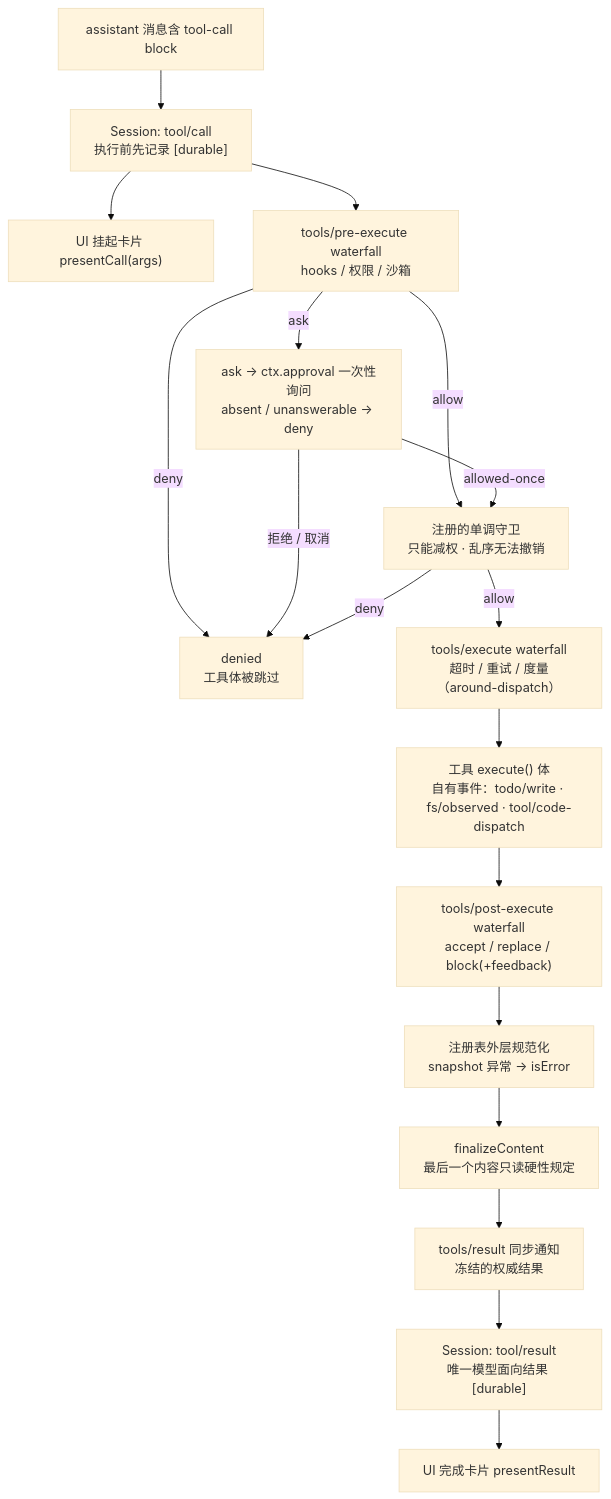
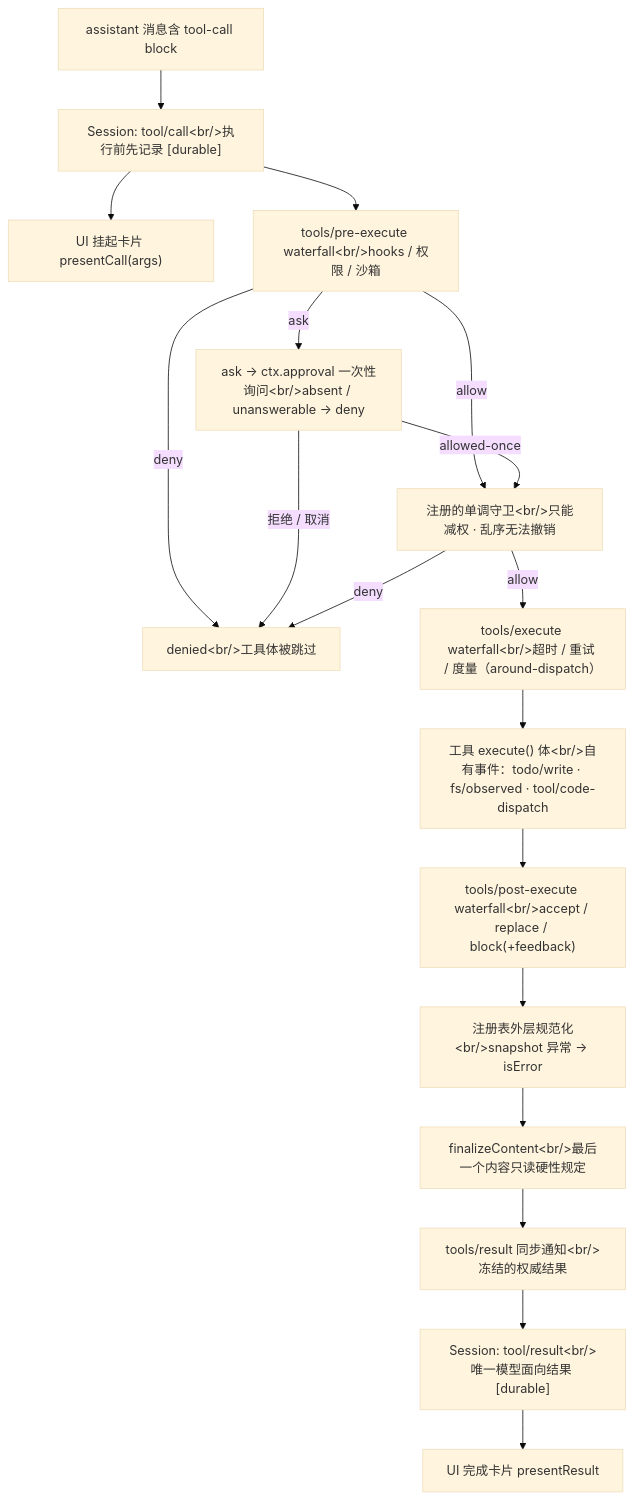
Before and after one commit to ZZKeepCurious/mini-deepseek-harness-python: the second of 5 diagrams in docs/report/03-flows.md, drawn with Mermaid (base theme). The commit also changed other lines of this file and 27 other files, not shown here.

````diff
--- a/docs/report/03-flows.md
+++ b/docs/report/03-flows.md
@@ -66,35 +66,35 @@
 ```mermaid
 flowchart TD
   M["assistant 消息含 tool-call block"]
-  TC["Session: tool/call<br/>执行前先记录 [durable]"]
+  TC["Session: tool/call&lt;br/&gt;执行前先记录 [durable]"]
   PC["UI 挂起卡片 presentCall(args)"]
-  PRE["tools/pre-execute waterfall<br/>hooks / 权限 / 沙箱"]
-  ASK["ask → ctx.approval 一次性询问<br/>absent / unanswerable → deny"]
-  DEN["denied<br/>工具体被跳过"]
-  G["注册的单调守卫<br/>只能减权 · 乱序无法撤销"]
-  EX["tools/execute waterfall<br/>超时 / 重试 / 度量（around-dispatch）"]
-  BODY["工具 execute() 体<br/>自有事件：todo/write · fs/observed · tool/code-dispatch"]
-  POST["tools/post-execute waterfall<br/>accept / replace / block(+feedback)"]
-  NORM["注册表外层规范化<br/>snapshot 异常 → isError"]
-  FIN["finalizeContent<br/>最后一个内容只读硬性规定"]
-  RES["tools/result 同步通知<br/>冻结的权威结果"]
-  TR["Session: tool/result<br/>唯一模型面向结果 [durable]"]
+  PRE["tools/pre-execute waterfall&lt;br/&gt;hooks / 权限 / 沙箱"]
+  ASK["ask → ctx.approval 一次性询问&lt;br/&gt;absent / unanswerable → deny"]
+  DEN["denied&lt;br/&gt;工具体被跳过"]
+  G["注册的单调守卫&lt;br/&gt;只能减权 · 乱序无法撤销"]
+  EX["tools/execute waterfall&lt;br/&gt;超时 / 重试 / 度量（around-dispatch）"]
+  BODY["工具 execute() 体&lt;br/&gt;自有事件：todo/write · fs/observed · tool/code-dispatch"]
+  POST["tools/post-execute waterfall&lt;br/&gt;accept / replace / block(+feedback)"]
+  NORM["注册表外层规范化&lt;br/&gt;snapshot 异常 → isError"]
+  FIN["finalizeContent&lt;br/&gt;最后一个内容只读硬性规定"]
+  RES["tools/result 同步通知&lt;br/&gt;冻结的权威结果"]
+  TR["Session: tool/result&lt;br/&gt;唯一模型面向结果 [durable]"]
   PR["UI 完成卡片 presentResult"]
   M --> TC
   TC --> PC
   TC --> PRE
   PRE -->|allow| G
   PRE -->|deny| DEN
   PRE -->|ask| ASK
   ASK -->|allowed-once| G
   ASK -->|拒绝 / 取消| DEN
   G -->|allow| EX
   G -->|deny| DEN
   EX --> BODY
   BODY --> POST
   POST --> NORM
   NORM --> FIN
   FIN --> RES
   RES --> TR
   TR --> PR
 ```
````
